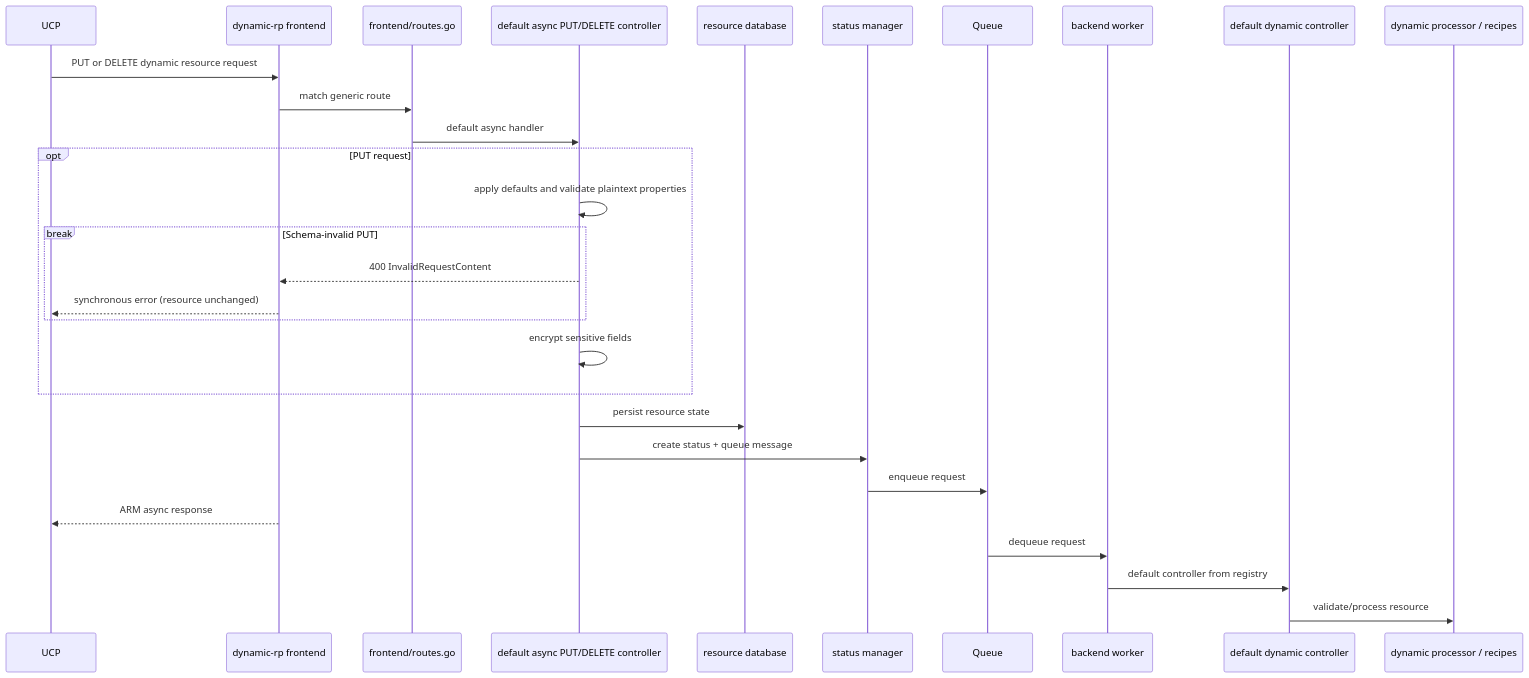
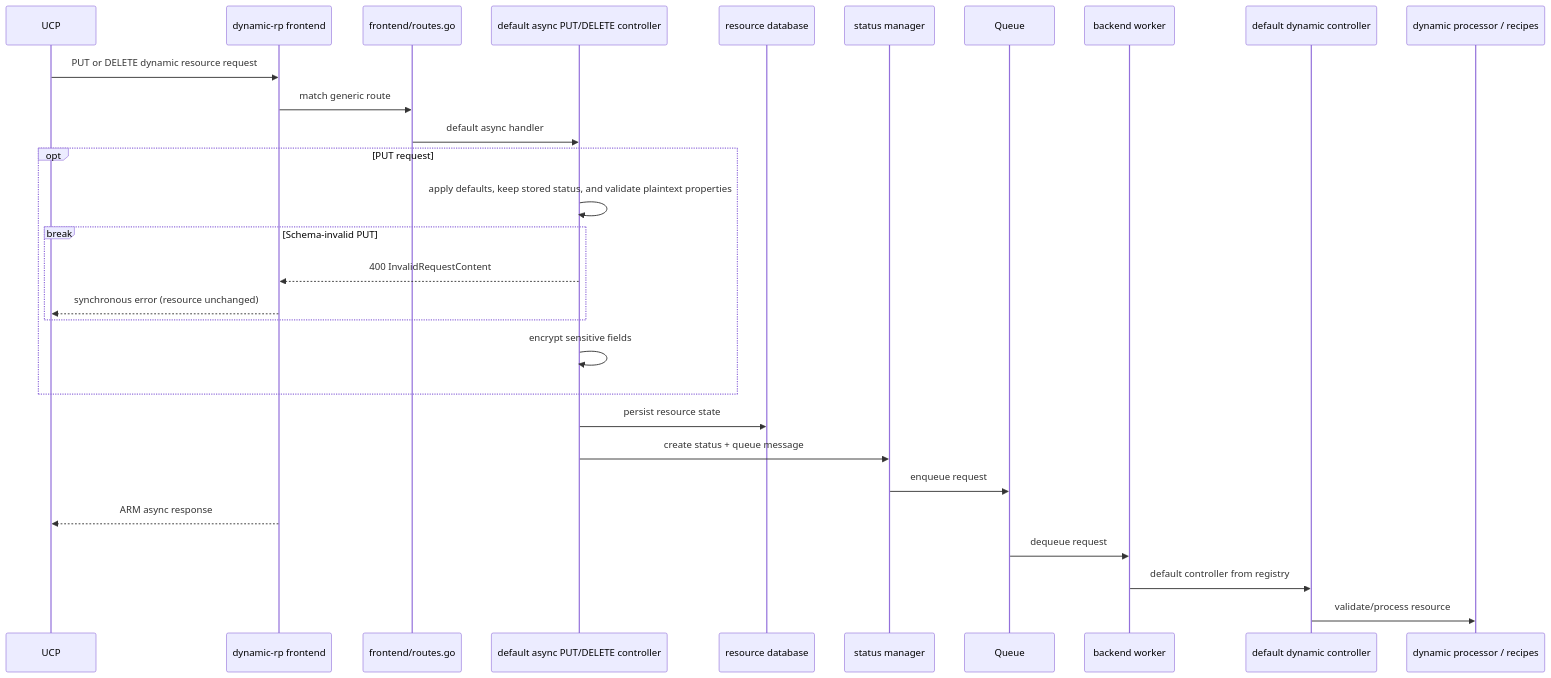
Before and after one commit to radius-project/radius: the second of 2 diagrams in docs/architecture/dynamic-rp.md, drawn with Mermaid. The commit also changed other lines of this file and 16 other files, not shown here.

First line of the commit message:
fix(dynamicrp): keep resource status across updates so recipe outputs stay tracked

````diff
--- a/docs/architecture/dynamic-rp.md
+++ b/docs/architecture/dynamic-rp.md
@@ -145,32 +145,32 @@
 ```mermaid
 sequenceDiagram
   participant UCP
   participant API as dynamic-rp frontend
   participant Route as frontend/routes.go
   participant DefaultAsync as default async PUT/DELETE controller
   participant Store as resource database
   participant Status as status manager
   participant Queue
   participant Worker as backend worker
   participant DefaultCtrl as default dynamic controller
   participant Processor as dynamic processor / recipes
 
   UCP->>API: PUT or DELETE dynamic resource request
   API->>Route: match generic route
   Route->>DefaultAsync: default async handler
   opt PUT request
-    DefaultAsync->>DefaultAsync: apply defaults and validate plaintext properties
+    DefaultAsync->>DefaultAsync: apply defaults, keep stored status, and validate plaintext properties
     break Schema-invalid PUT
       DefaultAsync-->>API: 400 InvalidRequestContent
       API-->>UCP: synchronous error (resource unchanged)
     end
     DefaultAsync->>DefaultAsync: encrypt sensitive fields
   end
   DefaultAsync->>Store: persist resource state
   DefaultAsync->>Status: create status + queue message
   Status->>Queue: enqueue request
   API-->>UCP: ARM async response
   Queue->>Worker: dequeue request
   Worker->>DefaultCtrl: default controller from registry
   DefaultCtrl->>Processor: validate/process resource
 ```
````
